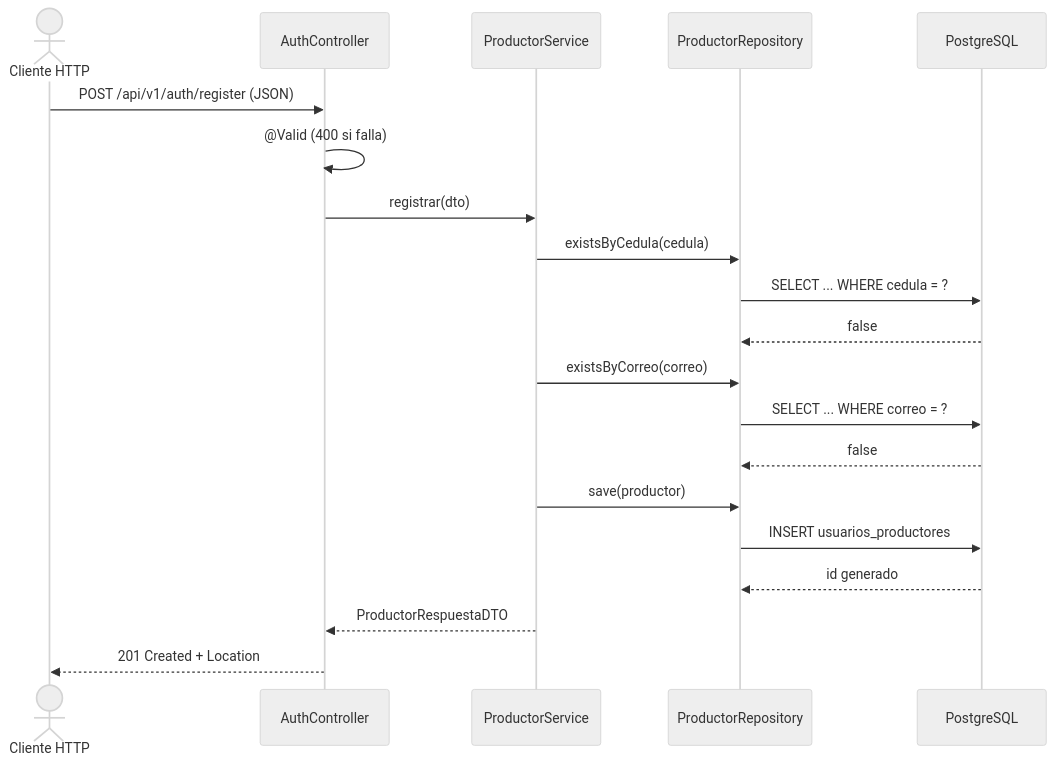
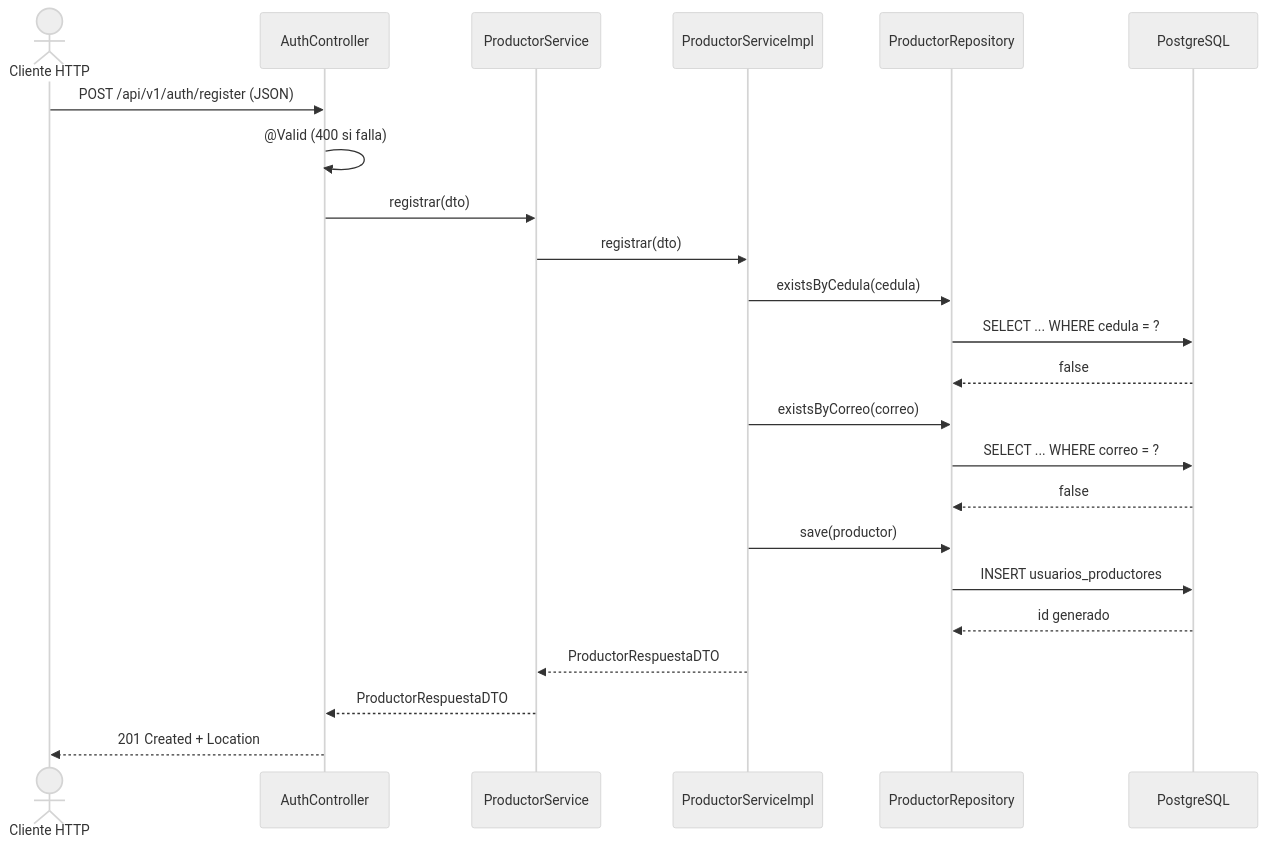
Before and after one commit to lexoday/agrovalle-connect: the first of 3 diagrams in docs/diseno/diagramas-comportamiento-componentes.md, drawn with Mermaid (neutral theme). The commit also changed other lines of this file and 41 other files, not shown here.

````diff
--- a/docs/diseno/diagramas-comportamiento-componentes.md
+++ b/docs/diseno/diagramas-comportamiento-componentes.md
@@ -5,22 +5,25 @@
 ```mermaid
 sequenceDiagram
     actor C as Cliente HTTP
     participant AC as AuthController
     participant PS as ProductorService
+    participant PSI as ProductorServiceImpl
     participant PR as ProductorRepository
     participant DB as PostgreSQL
     C->>AC: POST /api/v1/auth/register (JSON)
     AC->>AC: @Valid (400 si falla)
     AC->>PS: registrar(dto)
-    PS->>PR: existsByCedula(cedula)
+    PS->>PSI: registrar(dto)
+    PSI->>PR: existsByCedula(cedula)
     PR->>DB: SELECT ... WHERE cedula = ?
     DB-->>PR: false
-    PS->>PR: existsByCorreo(correo)
+    PSI->>PR: existsByCorreo(correo)
     PR->>DB: SELECT ... WHERE correo = ?
     DB-->>PR: false
-    PS->>PR: save(productor)
+    PSI->>PR: save(productor)
     PR->>DB: INSERT usuarios_productores
     DB-->>PR: id generado
+    PSI-->>PS: ProductorRespuestaDTO
     PS-->>AC: ProductorRespuestaDTO
     AC-->>C: 201 Created + Location
 ```
````
